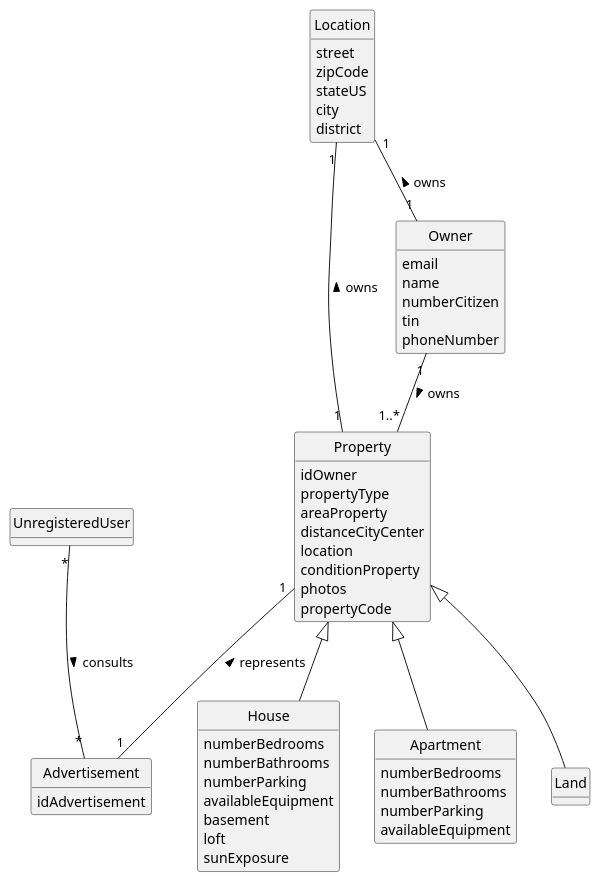
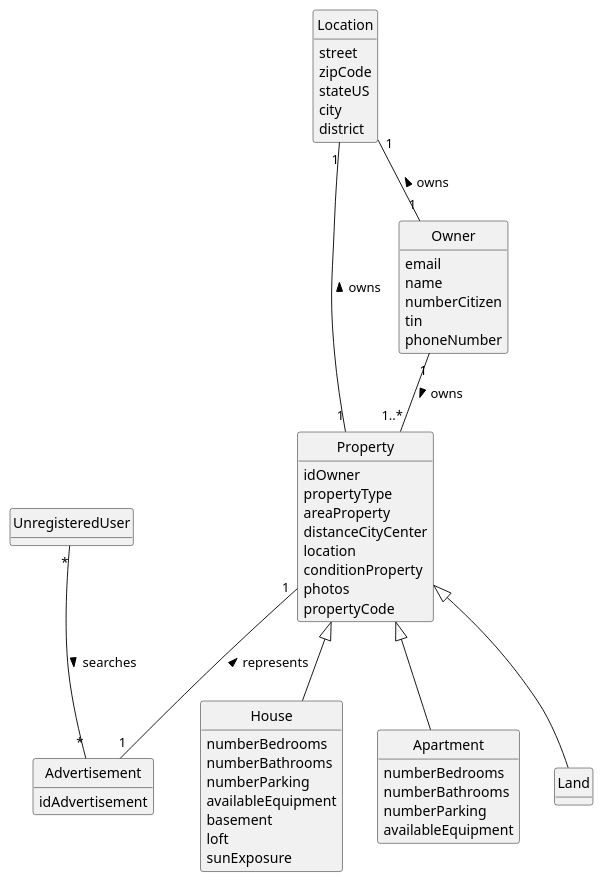
One commit to PEDROMOREIRA45/lei-23-s2-1dg-g31 changed the diagram in docs/sprintA/us001/02.analysis/puml/us001-domain-model.puml. Above: the diagram before and after it, drawn with PlantUML.

Commit message:
us001 domain model changes and correction of errors

```diff
--- a/docs/sprintA/us001/02.analysis/puml/us001-domain-model.puml
+++ b/docs/sprintA/us001/02.analysis/puml/us001-domain-model.puml
@@ -1,78 +1,78 @@
 @startuml
 skinparam monochrome true
 skinparam packageStyle rectangle
 skinparam shadowing false
 
 'left to right direction
 
 skinparam classAttributeIconSize 0
 
 hide circle
 hide methods
 
 
 class Property{
     idOwner
     propertyType
     areaProperty
     distanceCityCenter
     location
     conditionProperty
     photos
     propertyCode
 }
 
 class UnregisteredUser
 
 class Owner {
     email
     name
     numberCitizen
     tin
     phoneNumber
 }
 
 
 class House {
     numberBedrooms
     numberBathrooms
     numberParking
     availableEquipment
     basement
     loft
     sunExposure
 }
 
 class Apartment{
     numberBedrooms
     numberBathrooms
     numberParking
     availableEquipment
 }
 
 class Land
 
 class Advertisement {
     idAdvertisement
 }
 
 class Location{
     street
     zipCode
     stateUS
     city
     district
 }
 
 
 
-UnregisteredUser "*" -- "*" Advertisement: consults >
+UnregisteredUser "*" -- "*" Advertisement: searches >
 Owner "1"--"1..*" Property: owns >
 Property  <|-- Land
 Property <|-- Apartment
 Property <|-- House
 Property "1" -- "1" Advertisement: represents <
 Location "1" -- "1" Property: owns <
 Location "1" -- "1" Owner: owns <
 
 @enduml
```
